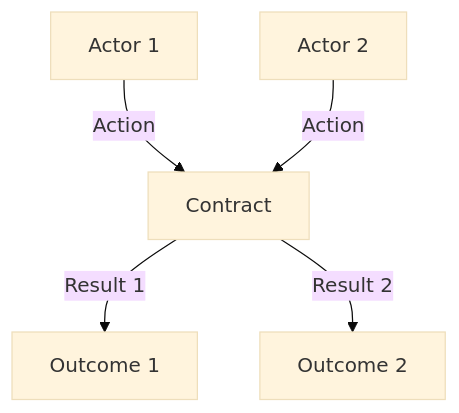
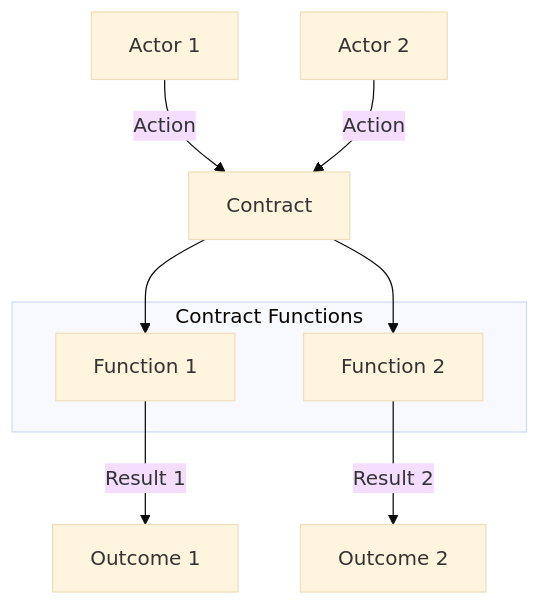
Before and after one commit to aibtcdev/aibtcdev-docs: the diagram in templates/smart-contract-documentation.md, drawn with Mermaid (base theme). The commit also changed 3 other files, not shown here.

Commit message:
style: update mermaid diagrams to use upfront node definitions and subgraphs

````diff
--- a/templates/smart-contract-documentation.md
+++ b/templates/smart-contract-documentation.md
@@ -38,7 +38,20 @@
 ```mermaid
 flowchart TD
-    A[Actor 1] -->|Action| B[Contract]
-    C[Actor 2] -->|Action| B
-    B -->|Result 1| D[Outcome 1]
-    B -->|Result 2| E[Outcome 2]
+    A["Actor 1"]
+    B["Contract"]
+    C["Actor 2"]
+    D["Outcome 1"]
+    E["Outcome 2"]
+    
+    subgraph Contract Functions
+        BA["Function 1"]
+        BB["Function 2"]
+    end
+    
+    A -->|"Action"| B
+    C -->|"Action"| B
+    B --> BA
+    B --> BB
+    BA -->|"Result 1"| D
+    BB -->|"Result 2"| E
 ```
````
